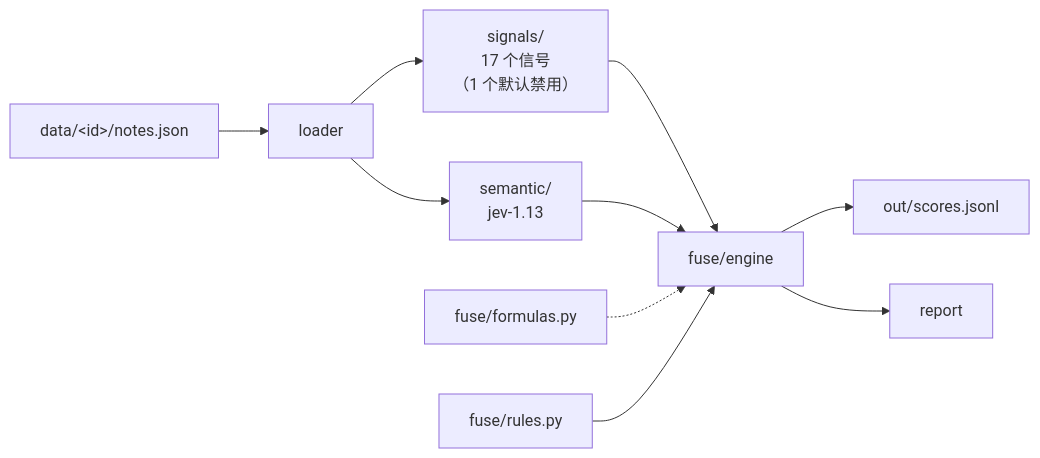
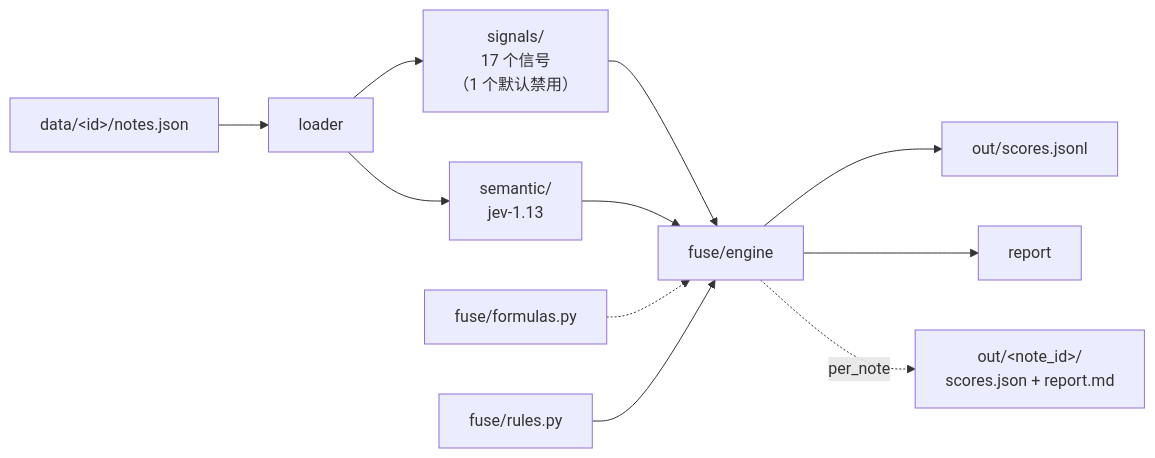
Before and after one commit to Nolan180940/Loreal: the diagram in jev2/README.md, drawn with Mermaid. The commit also changed other lines of this file and 4 other files, not shown here.

````diff
--- a/jev2/README.md
+++ b/jev2/README.md
@@ -135,12 +140,13 @@
 ```mermaid
 graph LR
     A["data/&lt;id&gt;/notes.json"] --> B[loader]
     B --> C["signals/<br/>17 个信号<br/>（1 个默认禁用）"]
     B --> D["semantic/<br/>jev-1.13"]
     C --> E[fuse/engine]
     D --> E
     F["fuse/formulas.py"] -.-> E
     G["fuse/rules.py"] --> E
     E --> H["out/scores.jsonl"]
     E --> I[report]
+    E -.per_note.-> J["out/&lt;note_id&gt;/<br/>scores.json + report.md"]
 ```
````
